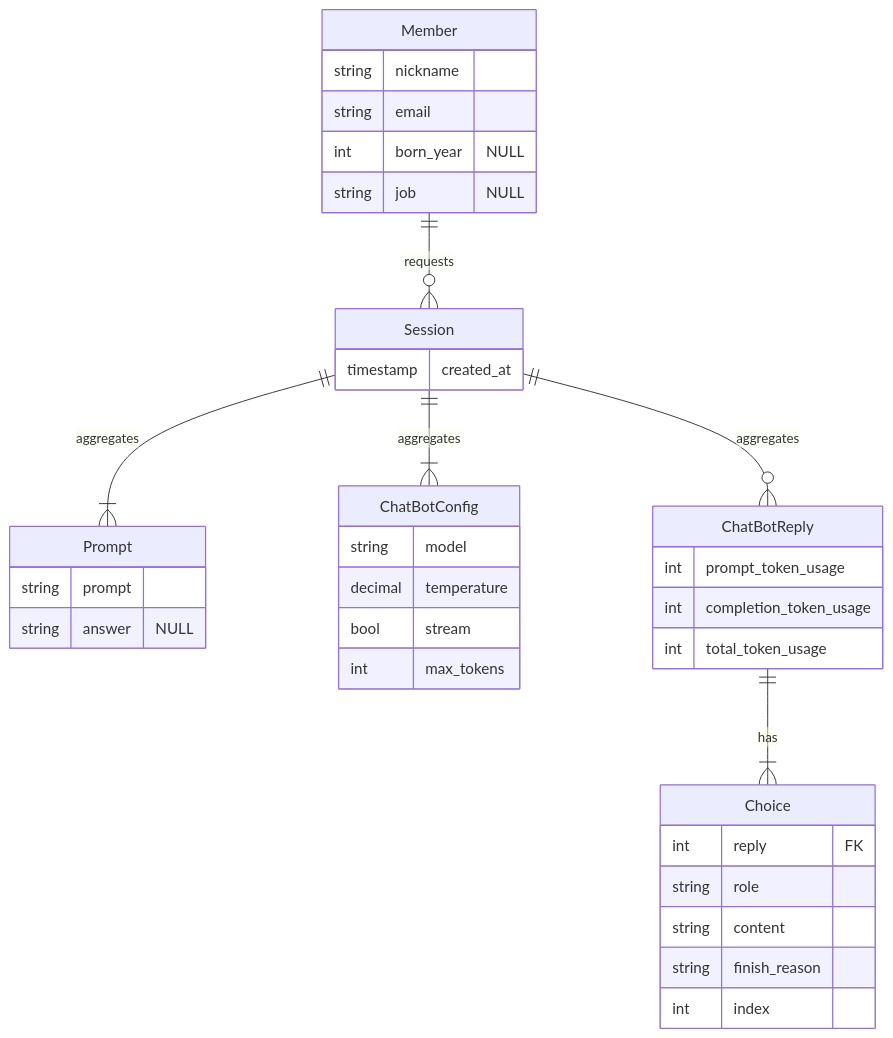
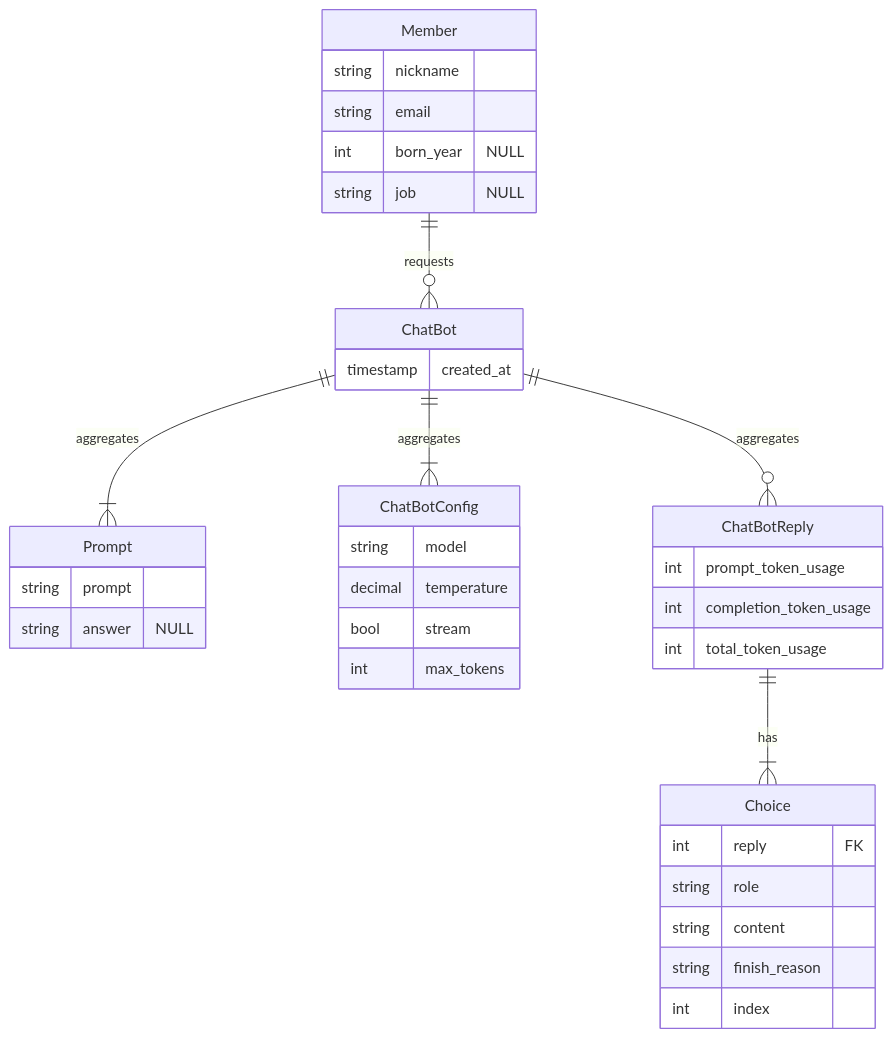
The fourth of 4 diagrams in docs/3차 프로젝트, ChatGPT를 이용한 챗봇 애플리케이션 - estsoft {Django, DRF}.md (ChoiWheatley/ChoiWheatley.github.io), drawn with Mermaid before and after one commit. The commit also changed other lines of this file and 1 other file, not shown here.

````diff
--- a/docs/3차 프로젝트, ChatGPT를 이용한 챗봇 애플리케이션 - estsoft {Django, DRF}.md
+++ b/docs/3차 프로젝트, ChatGPT를 이용한 챗봇 애플리케이션 - estsoft {Django, DRF}.md
@@ -225,45 +229,45 @@
 ```mermaid
 erDiagram
-	Member ||--o{ Session : requests
-	Session ||--|{ Prompt : aggregates
-	Session ||--|{ ChatBotConfig : aggregates
-	Session ||--o{ ChatBotReply : aggregates
+	Member ||--o{ ChatBot : requests
+	ChatBot ||--|{ Prompt : aggregates
+	ChatBot ||--|{ ChatBotConfig : aggregates
+	ChatBot ||--o{ ChatBotReply : aggregates
 	ChatBotReply ||--|{ Choice : has
 
 	Member {
 		string nickname
 		string email
 		int born_year "NULL"
 		string job "NULL"
 	}
 
-	Session {
+	ChatBot {
 		timestamp created_at
 	}
 
 	Prompt {
 		string prompt
 		string answer "NULL"
 	}
 
 	ChatBotConfig {
 		string model
 		decimal temperature
 		bool stream
 		int max_tokens
 	}
 
 	ChatBotReply {
 		int prompt_token_usage
 		int completion_token_usage
 		int total_token_usage
 	}
 
 	Choice {
 		int reply FK
 		string role
 		string content
 		string finish_reason
 		int index
 	}
 ```
````
